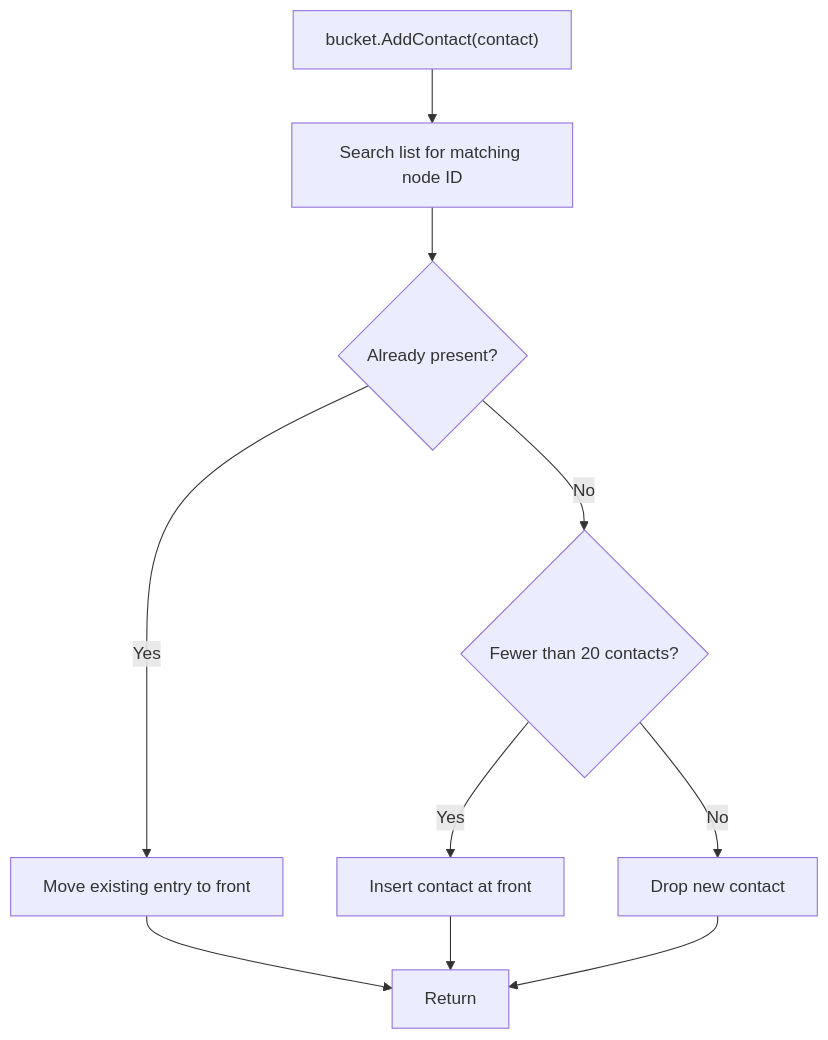
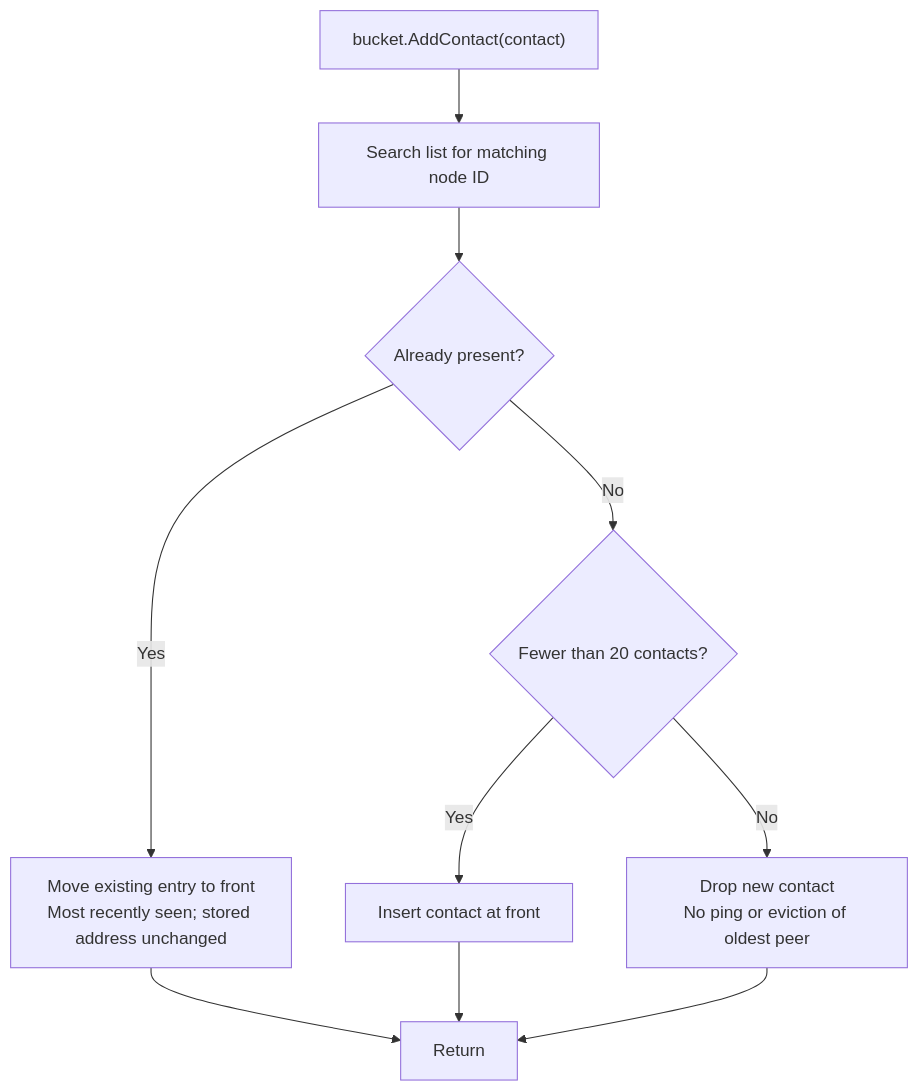
Diagram 13 of 17 in labs/ARCHITECTURE.md (mohraj-0/Mobil-and-distributed-D7024E), drawn with Mermaid before and after one commit. The commit also changed other lines of this file, not shown here.

````diff
--- a/labs/ARCHITECTURE.md
+++ b/labs/ARCHITECTURE.md
@@ -314,12 +363,12 @@
 ```mermaid
 flowchart TD
     CONTACT["bucket.AddContact(contact)"] --> SCAN["Search list for matching node ID"]
     SCAN --> KNOWN{"Already present?"}
-    KNOWN -->|Yes| MOVE["Move existing entry to front"]
+    KNOWN -->|Yes| MOVE["Move existing entry to front<br/>Most recently seen; stored address unchanged"]
     KNOWN -->|No| ROOM{"Fewer than 20 contacts?"}
     ROOM -->|Yes| PUSH["Insert contact at front"]
-    ROOM -->|No| DROP["Drop new contact"]
+    ROOM -->|No| DROP["Drop new contact<br/>No ping or eviction of oldest peer"]
     MOVE --> DONE["Return"]
     PUSH --> DONE
     DROP --> DONE
 ```
````
